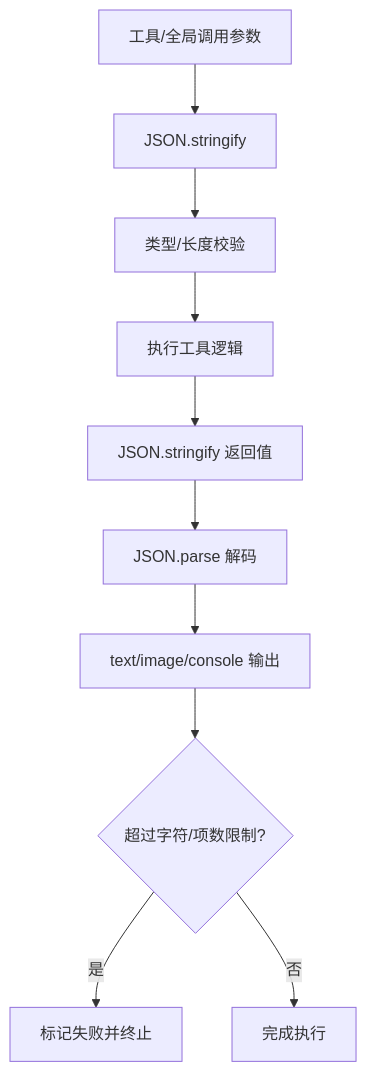
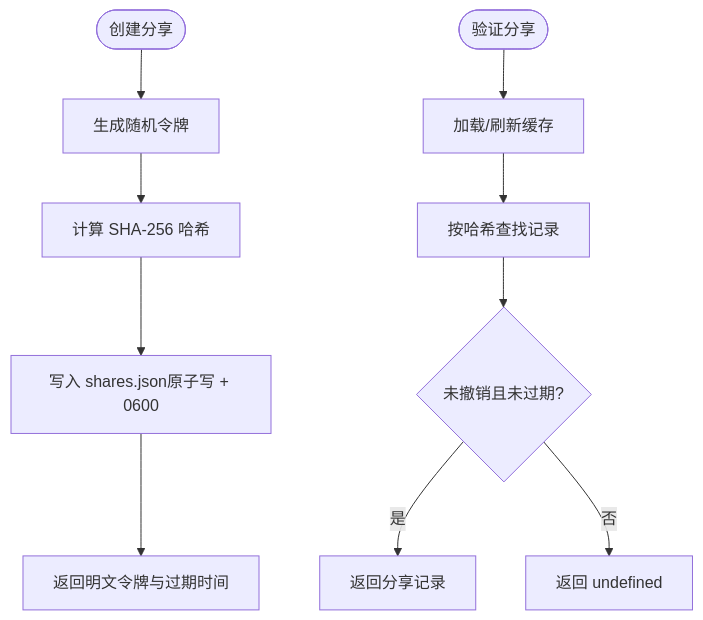
The fourth of 6 diagrams in .qoder/repowiki/zh/content/部署与运维/安全加固.md (FDE-GROUP/oh-my-coding-agent), drawn with Mermaid before and after one commit. The commit also changed other lines of this file and 410 other files, not shown here.

````diff
--- a/.qoder/repowiki/zh/content/部署与运维/安全加固.md
+++ b/.qoder/repowiki/zh/content/部署与运维/安全加固.md
@@ -284,12 +176,12 @@
 ```mermaid
 flowchart TD
-In["工具/全局调用参数"] --> Serialize["JSON.stringify"]
-Serialize --> Validate["类型/长度校验"]
-Validate --> Exec["执行工具逻辑"]
-Exec --> Result["JSON.stringify 返回值"]
-Result --> Decode["JSON.parse 解码"]
-Decode --> Output["text/image/console 输出"]
-Output --> Limits{"超过字符/项数限制?"}
-Limits --> |是| Fail["标记失败并终止"]
-Limits --> |否| Done["完成执行"]
+S(["创建分享"]) --> GenToken["生成随机令牌"]
+GenToken --> HashToken["计算 SHA-256 哈希"]
+HashToken --> Persist["写入 shares.json原子写 + 0600"]
+Persist --> Return["返回明文令牌与过期时间"]
+Q(["验证分享"]) --> LoadCache["加载/刷新缓存"]
+LoadCache --> Lookup["按哈希查找记录"]
+Lookup --> Valid{"未撤销且未过期?"}
+Valid --> |是| Ok["返回分享记录"]
+Valid --> |否| Fail["返回 undefined"]
 ```
````
